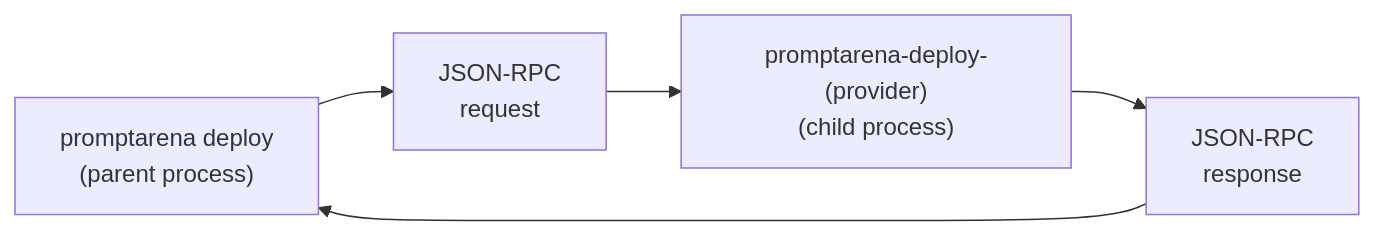
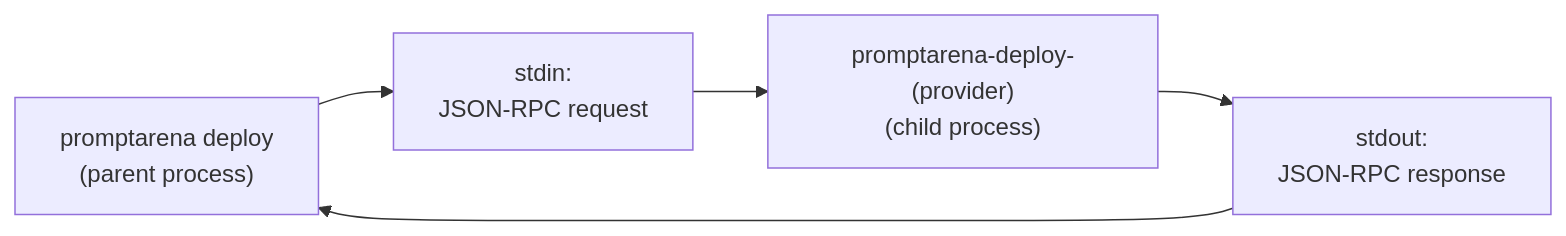
The first of 2 diagrams in docs/src/content/docs/arena/explanation/deploy/adapter-architecture.md (AltairaLabs/promptarena), drawn with Mermaid before and after one commit. The commit also changed other lines of this file and 17 other files, not shown here.

````diff
--- a/docs/src/content/docs/arena/explanation/deploy/adapter-architecture.md
+++ b/docs/src/content/docs/arena/explanation/deploy/adapter-architecture.md
@@ -21,9 +36,9 @@
 ```mermaid
 flowchart LR
   cli["promptarena deploy<br/>(parent process)"]
-  stdin["JSON-RPC<br/>request"]
-  stdout["JSON-RPC<br/>response"]
+  stdin["stdin:<br/>JSON-RPC request"]
+  stdout["stdout:<br/>JSON-RPC response"]
   adapter["promptarena-deploy-(provider)<br/>(child process)"]
   cli --> stdin --> adapter
   adapter --> stdout --> cli
 ```
````
